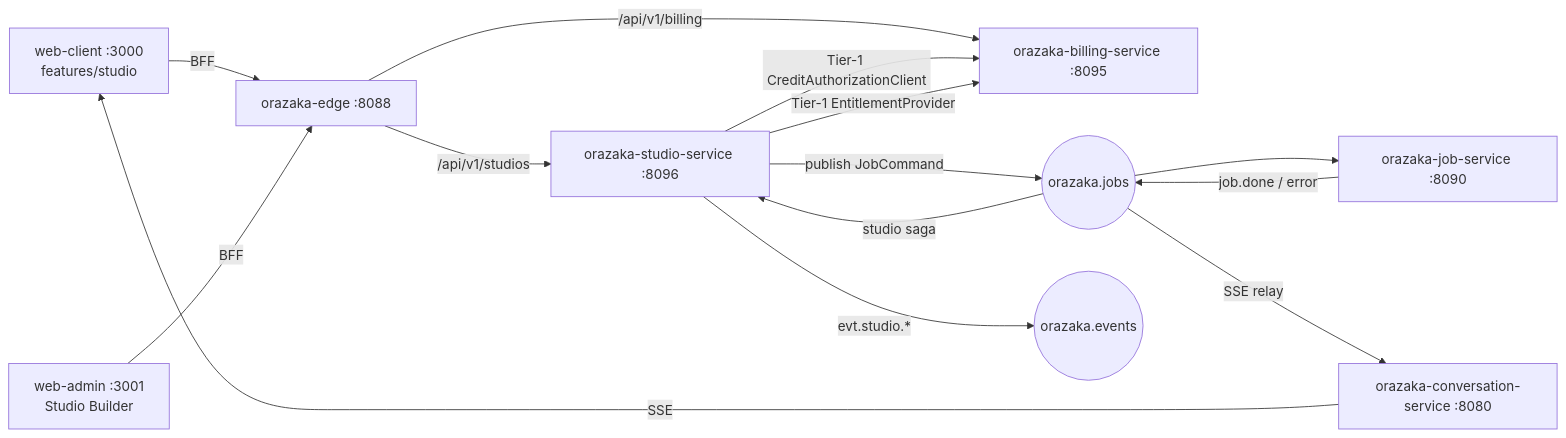
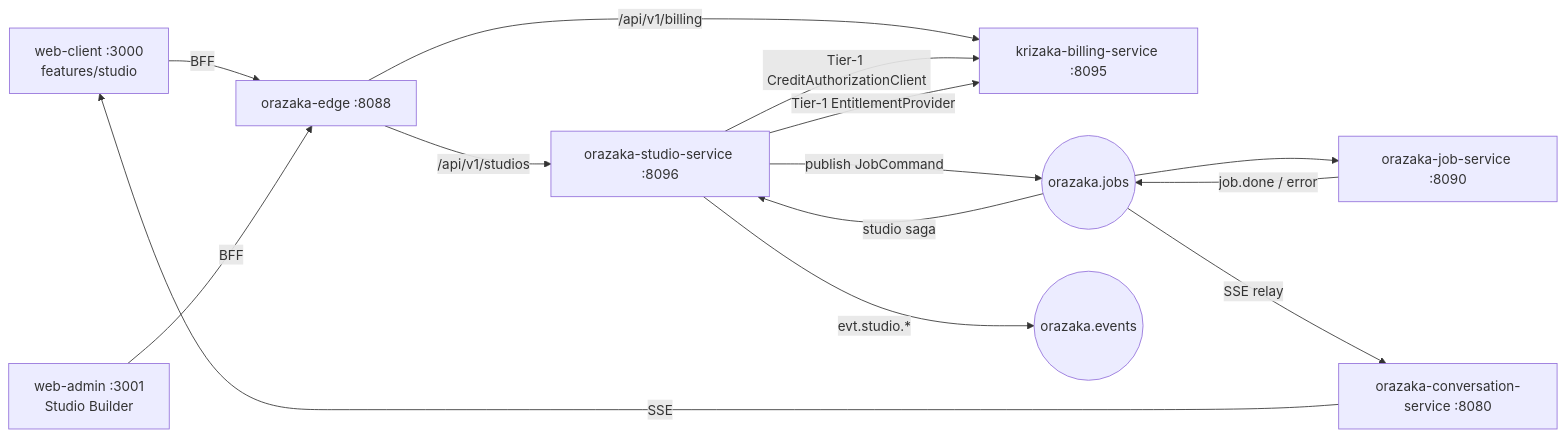
The first of 2 diagrams in orazaka-content/docs/STUDIO_ARCHITECTURE.md (krizaka/krizaka-com), drawn with Mermaid before and after one commit. The commit also changed other lines of this file and 27 other files, not shown here.

````diff
--- a/orazaka-content/docs/STUDIO_ARCHITECTURE.md
+++ b/orazaka-content/docs/STUDIO_ARCHITECTURE.md
@@ -125,16 +125,16 @@
 ```mermaid
 graph LR
   UI["web-client :3000<br/>features/studio"] -->|BFF| EDGE["orazaka-edge :8088"]
   ADMIN["web-admin :3001<br/>Studio Builder"] -->|BFF| EDGE
   EDGE -->|/api/v1/studios| STU["orazaka-studio-service :8096"]
-  EDGE -->|/api/v1/billing| BIL["orazaka-billing-service :8095"]
+  EDGE -->|/api/v1/billing| BIL["krizaka-billing-service :8095"]
   STU -->|Tier-1 CreditAuthorizationClient| BIL
   STU -->|Tier-1 EntitlementProvider| BIL
   STU -->|publish JobCommand| MQ(("orazaka.jobs"))
   MQ --> JOB["orazaka-job-service :8090"]
   JOB -->|job.done / error| MQ
   MQ -->|studio saga| STU
   MQ -->|SSE relay| CONV["orazaka-conversation-service :8080"]
   CONV -->|SSE| UI
   STU -->|evt.studio.*| EVT(("orazaka.events"))
 ```
````
